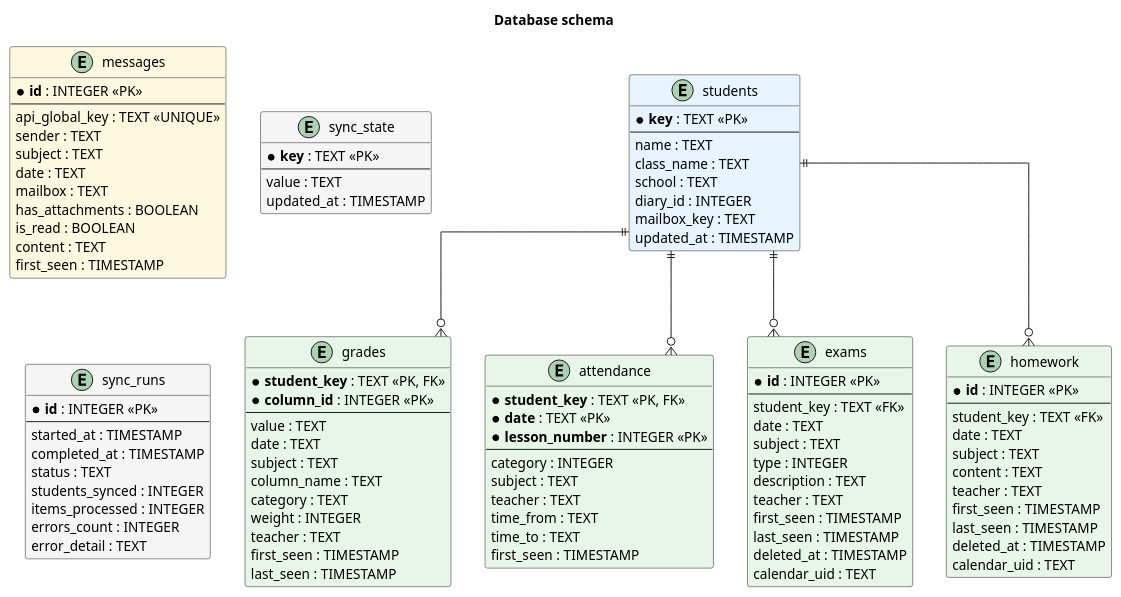
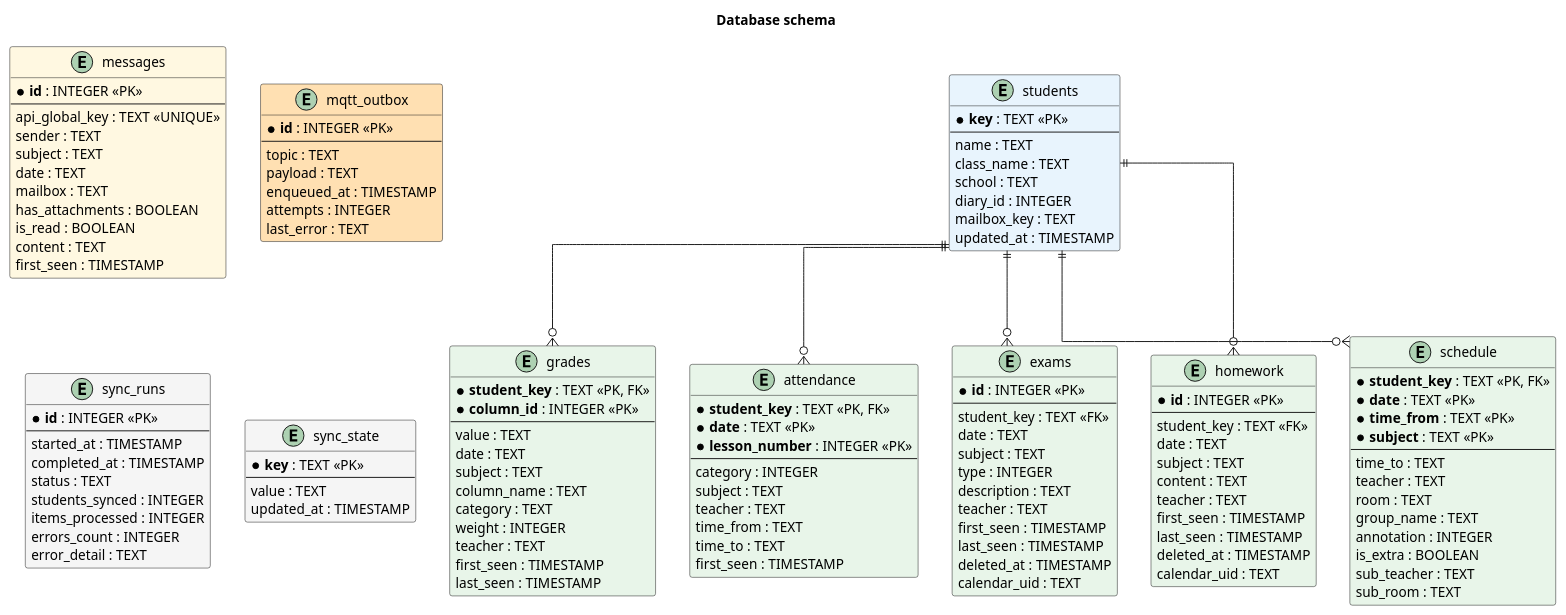
Before and after one commit to kintecus/vulcan-notify: the diagram in README.md, drawn with PlantUML. The commit also changed other lines of this file and 1 other file, not shown here.

First line of the commit message:
docs: refresh README and add architecture doc for public release

````diff
--- a/README.md
+++ b/README.md
@@ -197,11 +216,30 @@
   first_seen : TIMESTAMP
 }
 
-entity "sync_state" as sync_state #F5F5F5 {
-  * **key** : TEXT <<PK>>
+entity "schedule" as schedule #E8F5E9 {
+  * **student_key** : TEXT <<PK, FK>>
+  * **date** : TEXT <<PK>>
+  * **time_from** : TEXT <<PK>>
+  * **subject** : TEXT <<PK>>
   --
-  value : TEXT
-  updated_at : TIMESTAMP
+  time_to : TEXT
+  teacher : TEXT
+  room : TEXT
+  group_name : TEXT
+  annotation : INTEGER
+  is_extra : BOOLEAN
+  sub_teacher : TEXT
+  sub_room : TEXT
+}
+
+entity "mqtt_outbox" as outbox #FFE0B2 {
+  * **id** : INTEGER <<PK>>
+  --
+  topic : TEXT
+  payload : TEXT
+  enqueued_at : TIMESTAMP
+  attempts : INTEGER
+  last_error : TEXT
 }
 
 entity "sync_runs" as sync_runs #F5F5F5 {
@@ -216,9 +254,17 @@
   error_detail : TEXT
 }
 
+entity "sync_state" as sync_state #F5F5F5 {
+  * **key** : TEXT <<PK>>
+  --
+  value : TEXT
+  updated_at : TIMESTAMP
+}
+
 students ||--o{ grades
 students ||--o{ attendance
 students ||--o{ exams
 students ||--o{ homework
+students ||--o{ schedule
 @enduml
 ```
````
